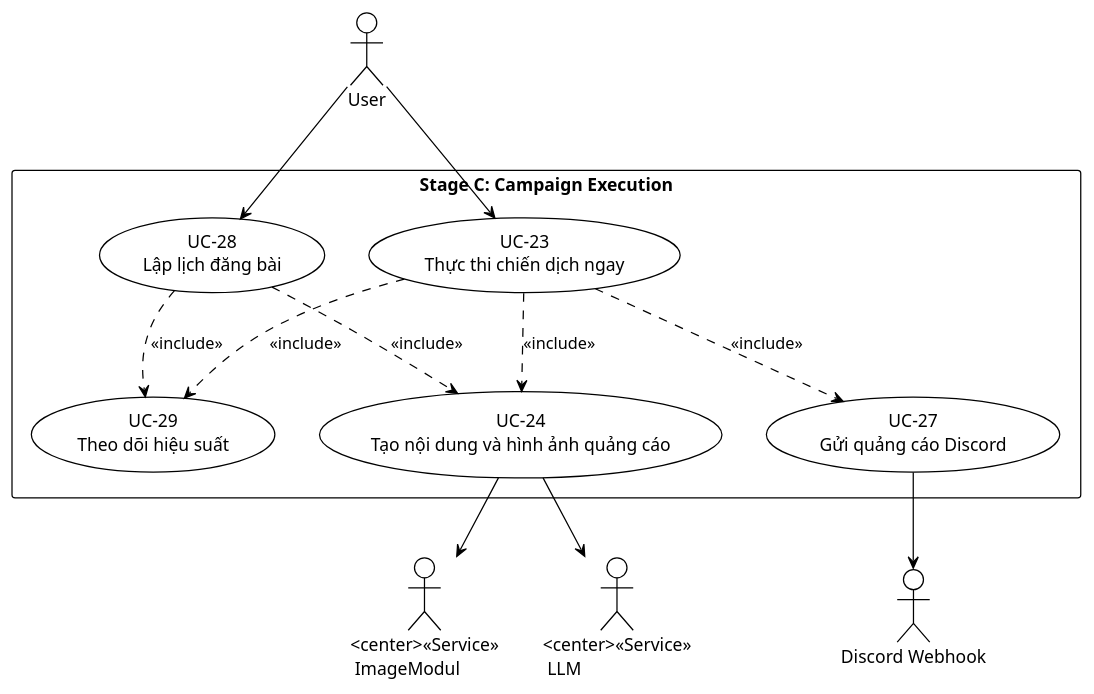
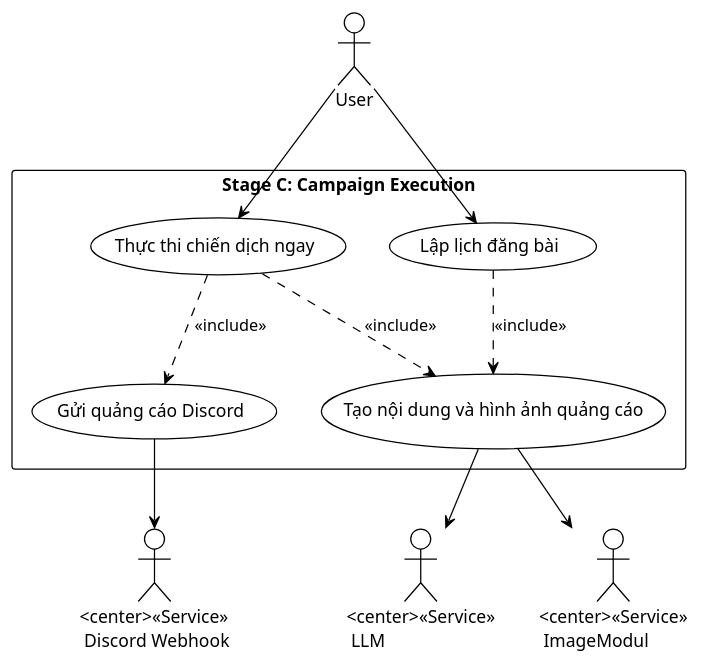
One commit to vien10022003/MarketMind-AI changed the fourth of 12 diagrams in diagram.md. Above: the diagram before and after it, drawn with PlantUML. The commit also changed other lines of this file, not shown here.

Commit message:
chỉnh sửa các biểu đồ trong báo cáo để dễ nhìn và dễ đọc hơn

```diff
--- a/diagram.md
+++ b/diagram.md
@@ -111,32 +111,29 @@
 @startuml
 !theme plain
 
 actor User as U
 actor "<center><<Service>>\n LLM" as AI
 actor "<center><<Service>>\n ImageModul" as ImageAPI
-actor "Discord Webhook" as Discord
+actor "<center><<Service>>\n Discord Webhook" as Discord
 
 rectangle "Stage C: Campaign Execution" {
 
-    usecase "UC-23\nThực thi chiến dịch ngay" as UC23
-    usecase "UC-24\nTạo nội dung và hình ảnh quảng cáo" as UC24
-    usecase "UC-27\nGửi quảng cáo Discord" as UC27
-    usecase "UC-28\nLập lịch đăng bài" as UC28
-    usecase "UC-29\nTheo dõi hiệu suất" as UC29
+    usecase "Thực thi chiến dịch ngay" as UC23
+    usecase "Tạo nội dung và hình ảnh quảng cáo" as UC24
+    usecase "Gửi quảng cáo Discord" as UC27
+    usecase "Lập lịch đăng bài" as UC28
 }
 
 U --> UC23
 U --> UC28
 
 UC23 ..> UC24 : <<include>>
 UC23 ..> UC27 : <<include>>
-UC23 ..> UC29 : <<include>>
 
 UC28 ..> UC24 : <<include>>
-UC28 ..> UC29 : <<include>>
 
 
 UC24 --> AI
 UC24 --> ImageAPI
 UC27 --> Discord
 @enduml
```
